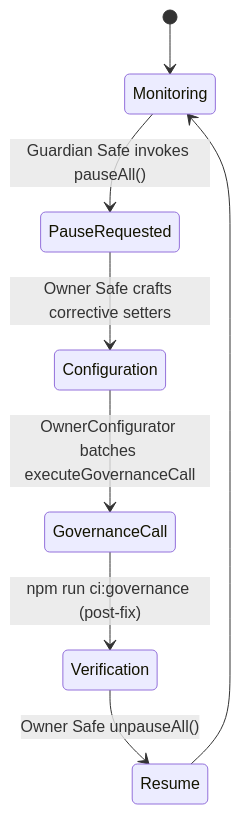
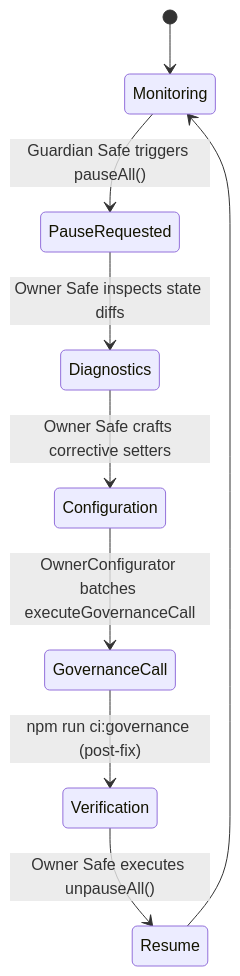
The fourth of 4 diagrams in deploy/README.md (MontrealAI/agijobs-sovereign-labor-v0p1), drawn with Mermaid before and after one commit. The commit also changed other lines of this file, not shown here.

````diff
--- a/deploy/README.md
+++ b/deploy/README.md
@@ -289,10 +284,11 @@
 ```mermaid
 stateDiagram-v2
     [*] --> Monitoring
-    Monitoring --> PauseRequested: Guardian Safe invokes pauseAll()
-    PauseRequested --> Configuration: Owner Safe crafts corrective setters
+    Monitoring --> PauseRequested: Guardian Safe triggers pauseAll()
+    PauseRequested --> Diagnostics: Owner Safe inspects state diffs
+    Diagnostics --> Configuration: Owner Safe crafts corrective setters
     Configuration --> GovernanceCall: OwnerConfigurator batches executeGovernanceCall
     GovernanceCall --> Verification: npm run ci:governance (post-fix)
-    Verification --> Resume: Owner Safe unpauseAll()
+    Verification --> Resume: Owner Safe executes unpauseAll()
     Resume --> Monitoring
 ```
````
